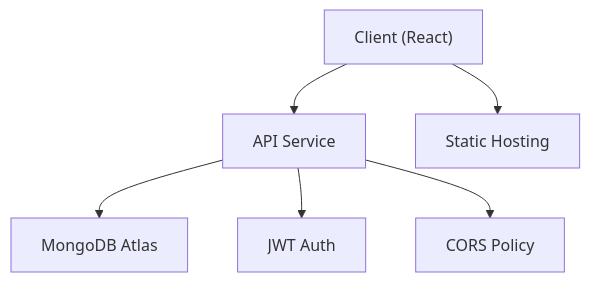
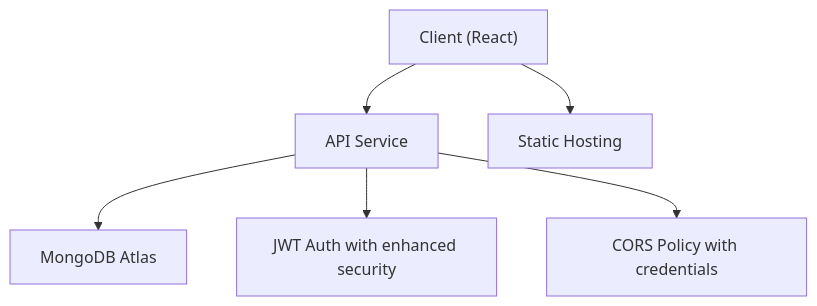
Before and after one commit to aayeshasiddiqah2611-pixel/flavora_ai_server: the ninth of 9 diagrams in .qoder/repowiki/en/content/Deployment and Distribution/Deployment Configuration.md, drawn with Mermaid. The commit also changed other lines of this file and 7 other files, not shown here.

````diff
--- a/.qoder/repowiki/en/content/Deployment and Distribution/Deployment Configuration.md
+++ b/.qoder/repowiki/en/content/Deployment and Distribution/Deployment Configuration.md
@@ -330,8 +331,8 @@
 ```mermaid
 graph TB
 Client["Client (React)"] --> API["API Service"]
 API --> DB["MongoDB Atlas"]
 Client --> CDN["Static Hosting"]
-API --> Auth["JWT Auth"]
-API --> CORS["CORS Policy"]
+API --> Auth["JWT Auth with enhanced security"]
+API --> CORS["CORS Policy with credentials"]
 ```
````
